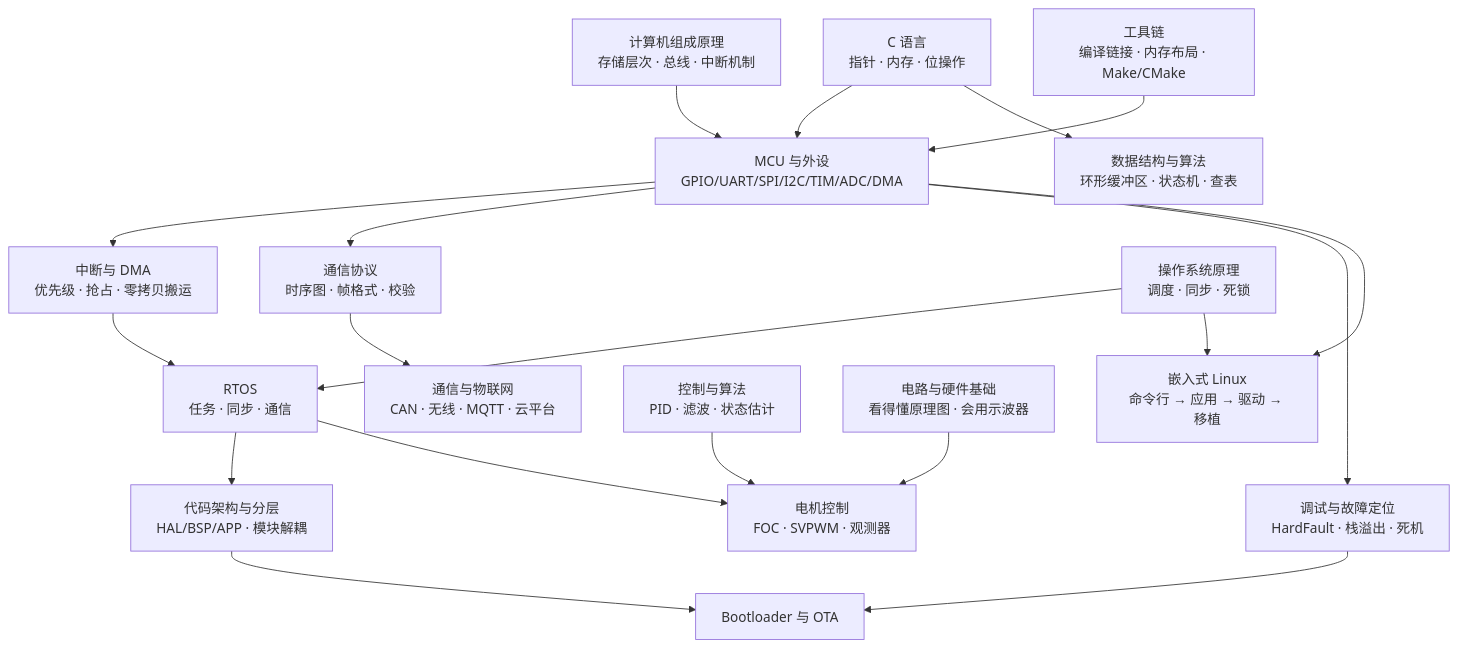
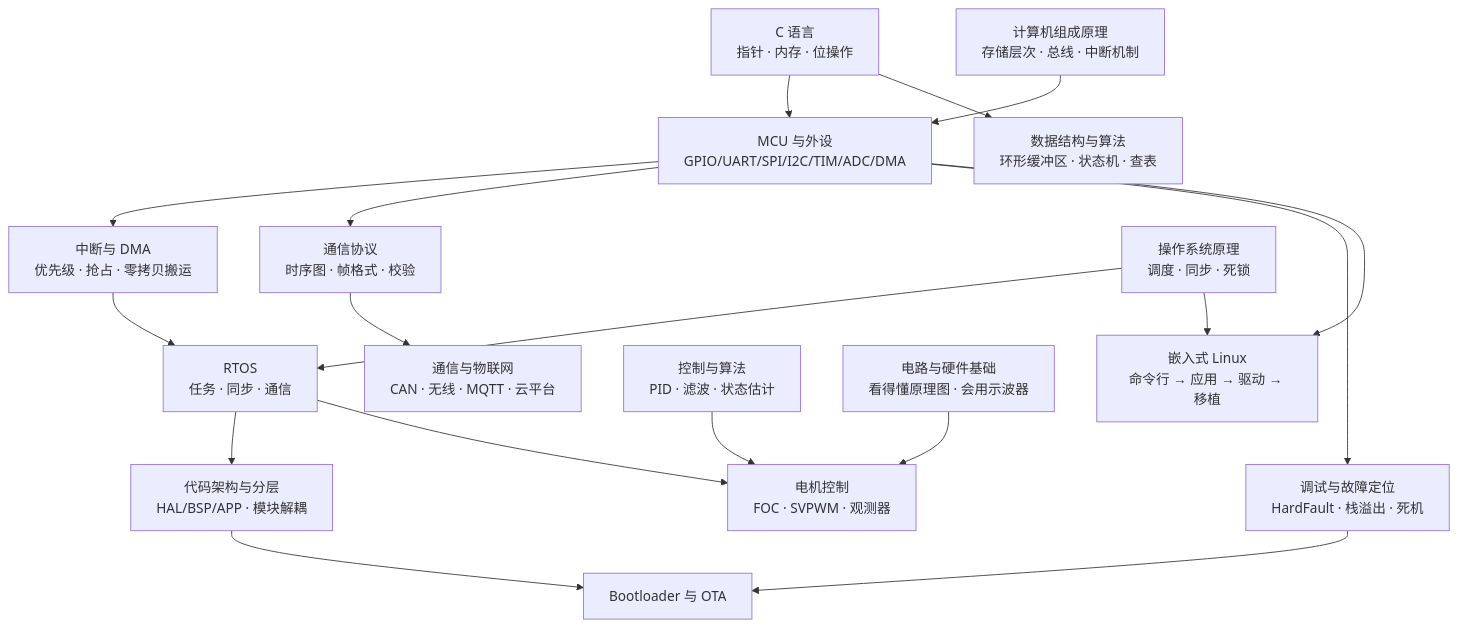
The first of 2 diagrams in docs/00-导读/02-三条路线与技能依赖.md (vow0328/embedded-learning-guide), drawn with Mermaid before and after one commit. The commit also changed other lines of this file and 17 other files, not shown here.

````diff
--- a/docs/00-导读/02-三条路线与技能依赖.md
+++ b/docs/00-导读/02-三条路线与技能依赖.md
@@ -33,21 +33,20 @@
 ```mermaid
 flowchart TD
     C["C 语言<br/>指针 · 内存 · 位操作"] --> MCU["MCU 与外设<br/>GPIO/UART/SPI/I2C/TIM/ADC/DMA"]
     C --> DS["数据结构与算法<br/>环形缓冲区 · 状态机 · 查表"]
     CS["计算机组成原理<br/>存储层次 · 总线 · 中断机制"] --> MCU
-    TOOL["工具链<br/>编译链接 · 内存布局 · Make/CMake"] --> MCU
     MCU --> INT["中断与 DMA<br/>优先级 · 抢占 · 零拷贝搬运"]
     MCU --> COMM["通信协议<br/>时序图 · 帧格式 · 校验"]
     INT --> RTOS["RTOS<br/>任务 · 同步 · 通信"]
     OS["操作系统原理<br/>调度 · 同步 · 死锁"] --> RTOS
     COMM --> IOT["通信与物联网<br/>CAN · 无线 · MQTT · 云平台"]
     RTOS --> ARCH["代码架构与分层<br/>HAL/BSP/APP · 模块解耦"]
     ARCH --> BOOT["Bootloader 与 OTA"]
     MCU --> DBG["调试与故障定位<br/>HardFault · 栈溢出 · 死机"]
     DBG --> BOOT
     RTOS --> MOTOR["电机控制<br/>FOC · SVPWM · 观测器"]
     CTRL["控制与算法<br/>PID · 滤波 · 状态估计"] --> MOTOR
     HW["电路与硬件基础<br/>看得懂原理图 · 会用示波器"] --> MOTOR
     MCU --> LINUX["嵌入式 Linux<br/>命令行 → 应用 → 驱动 → 移植"]
     OS --> LINUX
 ```
````
